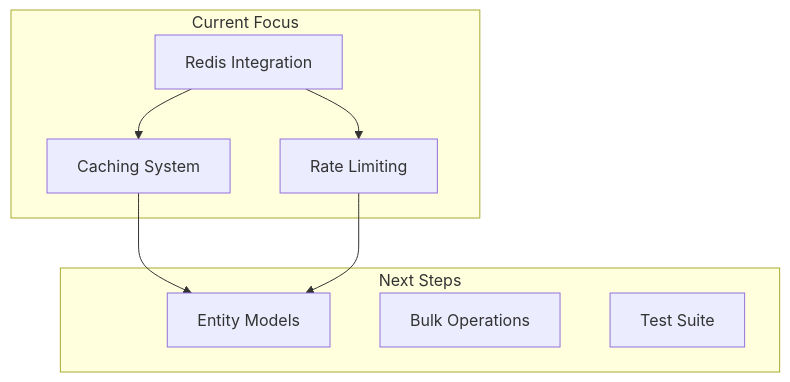
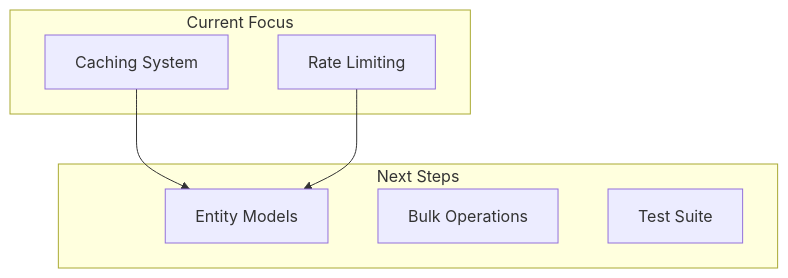
The first of 2 diagrams in zabbix-server-api/cline_docs/activeContext.md (julianobarbosa/MCP), drawn with Mermaid before and after one commit. The commit also changed other lines of this file and 4 other files, not shown here.

````diff
--- a/zabbix-server-api/cline_docs/activeContext.md
+++ b/zabbix-server-api/cline_docs/activeContext.md
@@ -16,19 +15,16 @@
 ```mermaid
 flowchart TD
     subgraph Current[Current Focus]
-        Redis[Redis Integration]
         Rate[Rate Limiting]
         Cache[Caching System]
     end
 
     subgraph Next[Next Steps]
         Models[Entity Models]
         Bulk[Bulk Operations]
         Testing[Test Suite]
     end
 
-    Redis --> Rate
-    Redis --> Cache
     Cache --> Models
     Rate --> Models
 ```
````
